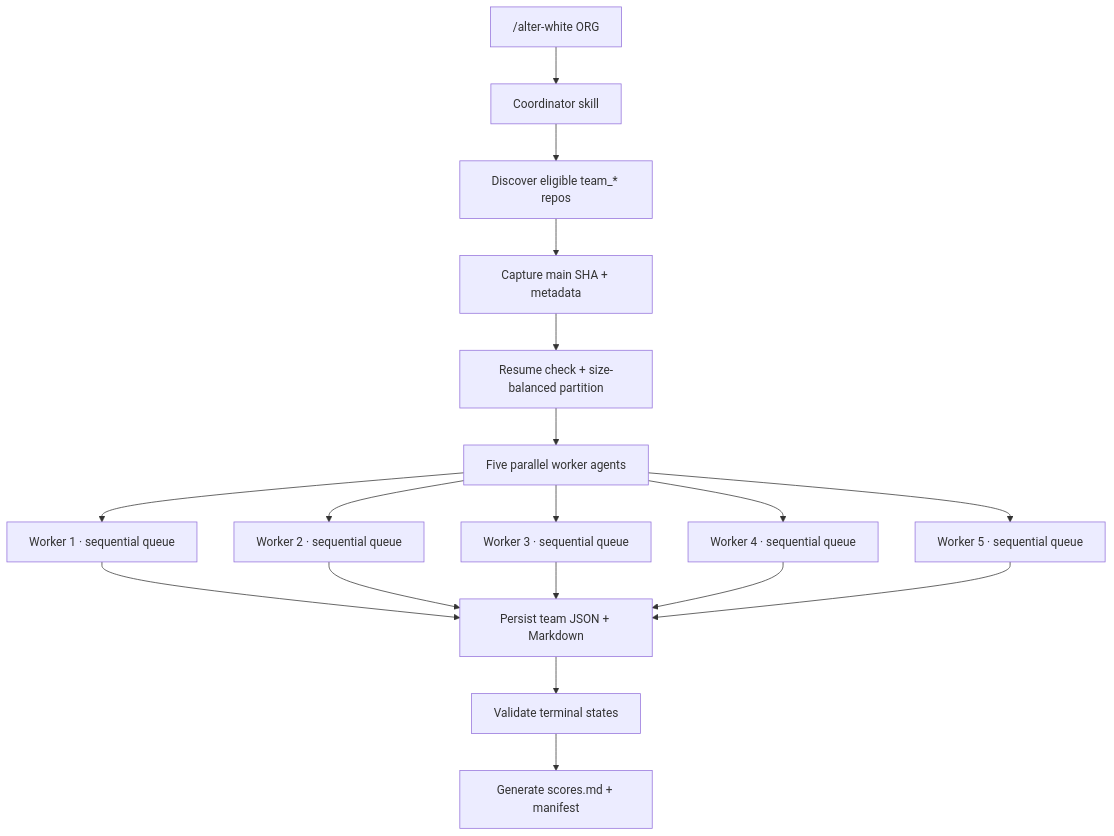
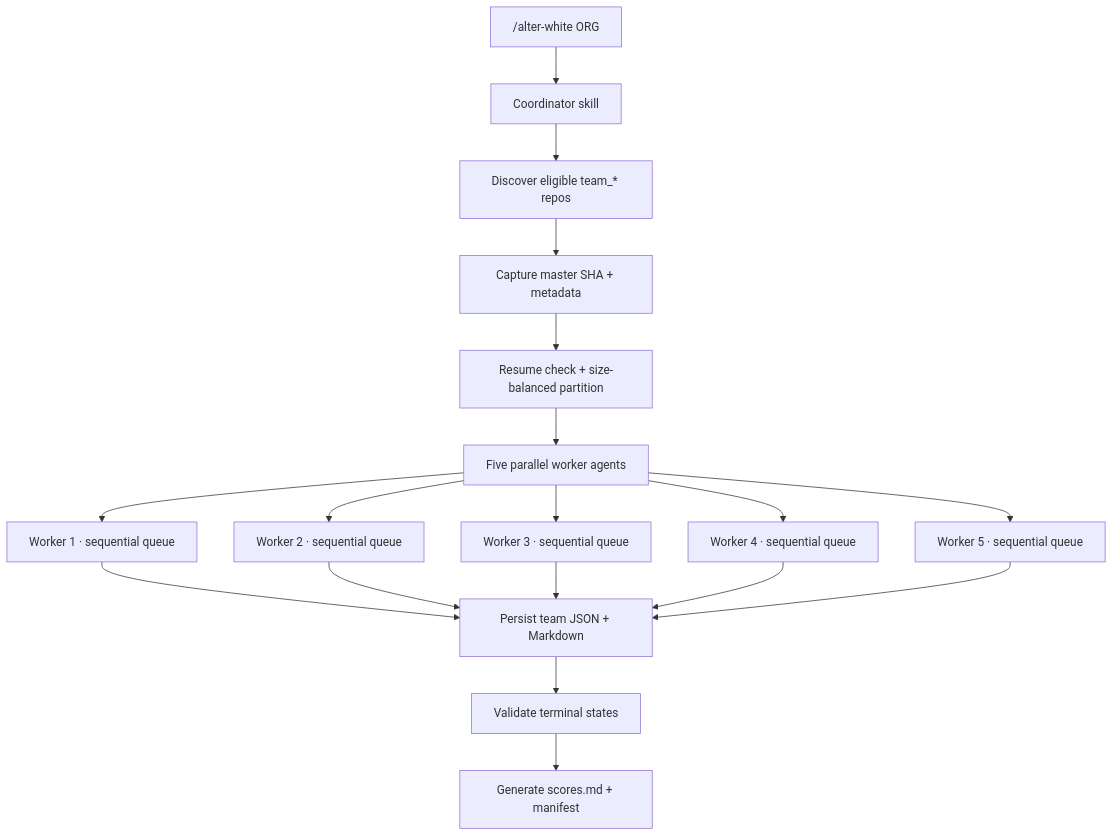
One commit to raihankhan/agent-alter-white changed the diagram in README.md. Above: the diagram before and after it, drawn with Mermaid. The commit also changed other lines of this file and 11 other files, not shown here.

First line of the commit message:
Evaluate the master branch instead of main

````diff
--- a/README.md
+++ b/README.md
@@ -87,20 +87,20 @@
 ```mermaid
 flowchart TD
     A["/alter-white ORG"] --> B["Coordinator skill"]
     B --> C["Discover eligible team_* repos"]
-    C --> D["Capture main SHA + metadata"]
+    C --> D["Capture master SHA + metadata"]
     D --> E["Resume check + size-balanced partition"]
     E --> F["Five parallel worker agents"]
     F --> G1["Worker 1 · sequential queue"]
     F --> G2["Worker 2 · sequential queue"]
     F --> G3["Worker 3 · sequential queue"]
     F --> G4["Worker 4 · sequential queue"]
     F --> G5["Worker 5 · sequential queue"]
     G1 --> H["Persist team JSON + Markdown"]
     G2 --> H
     G3 --> H
     G4 --> H
     G5 --> H
     H --> I["Validate terminal states"]
     I --> J["Generate scores.md + manifest"]
 ```
````
